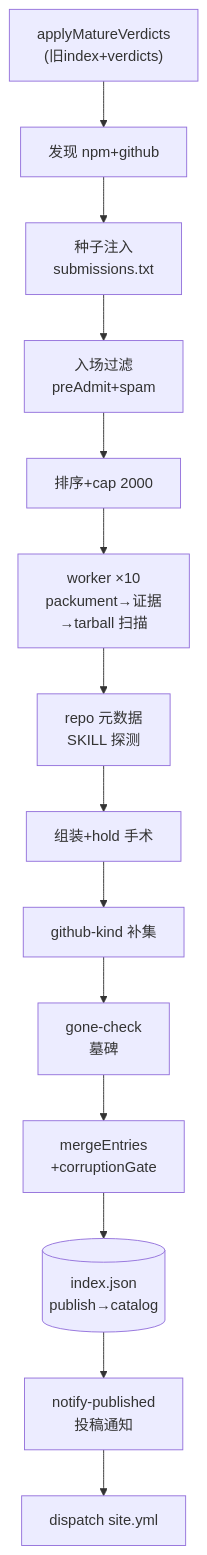
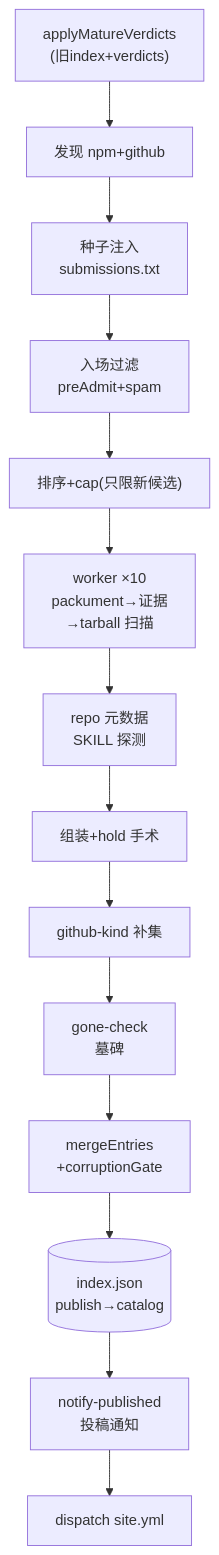
Before and after one commit to awesome-market/awesome-opencode-market: the second of 11 diagrams in docs/DATA-FLOWS.md, drawn with Mermaid. The commit also changed other lines of this file and 14 other files, not shown here.

````diff
--- a/docs/DATA-FLOWS.md
+++ b/docs/DATA-FLOWS.md
@@ -145,16 +145,16 @@
 ```mermaid
 flowchart TB
   A["applyMatureVerdicts<br/>(旧index+verdicts)"] --> B["发现 npm+github"]
   B --> C["种子注入<br/>submissions.txt"]
   C --> D["入场过滤<br/>preAdmit+spam"]
-  D --> E["排序+cap 2000"]
+  D --> E["排序+cap(只限新候选)"]
   E --> F["worker ×10<br/>packument→证据<br/>→tarball 扫描"]
   F --> G["repo 元数据<br/>SKILL 探测"]
   G --> H["组装+hold 手术"]
   H --> I["github-kind 补集"]
   I --> J["gone-check<br/>墓碑"]
   J --> K["mergeEntries<br/>+corruptionGate"]
   K --> L[("index.json<br/>publish→catalog")]
   L --> M["notify-published<br/>投稿通知"]
   M --> N["dispatch site.yml"]
 ```
````
